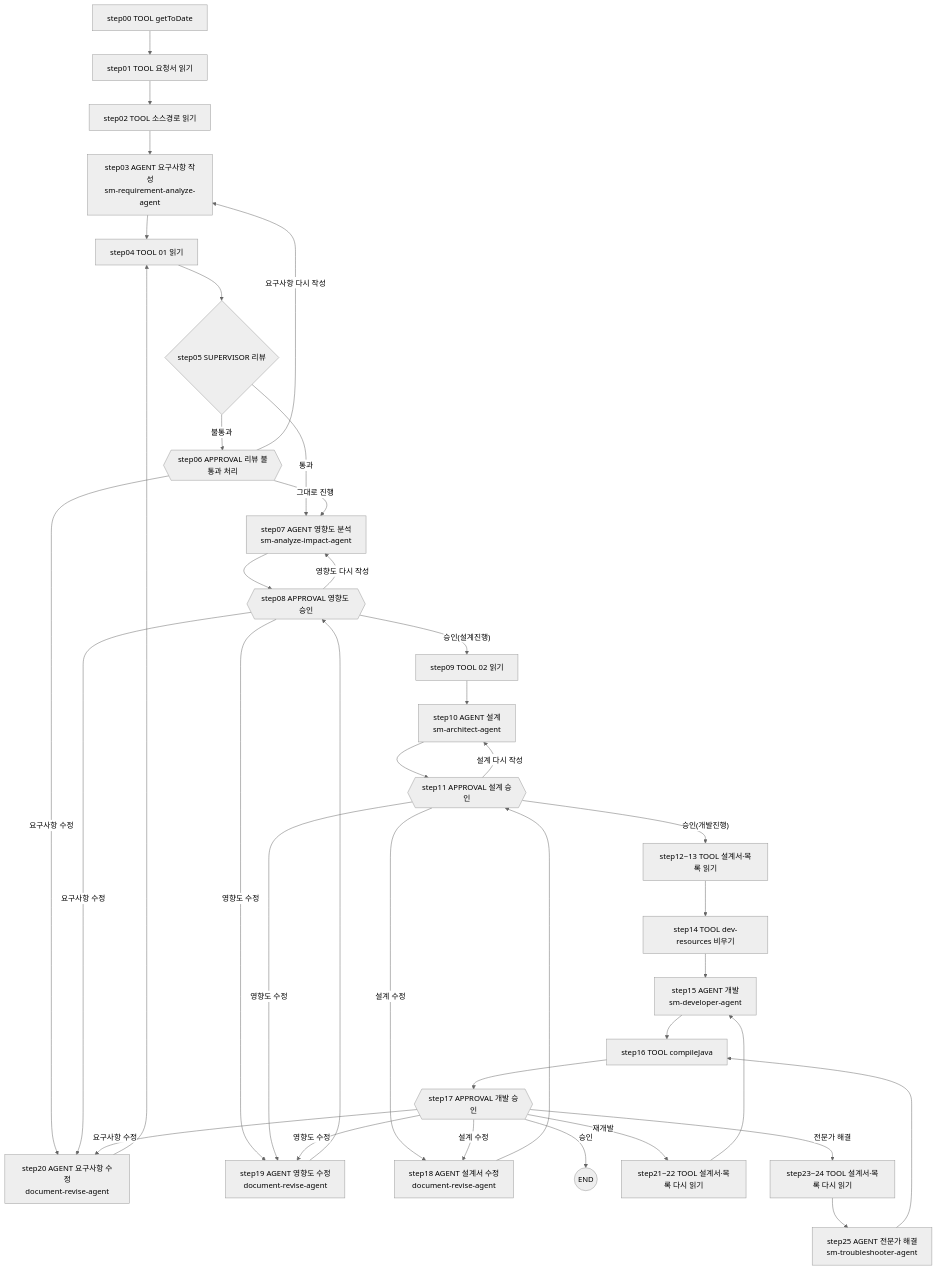
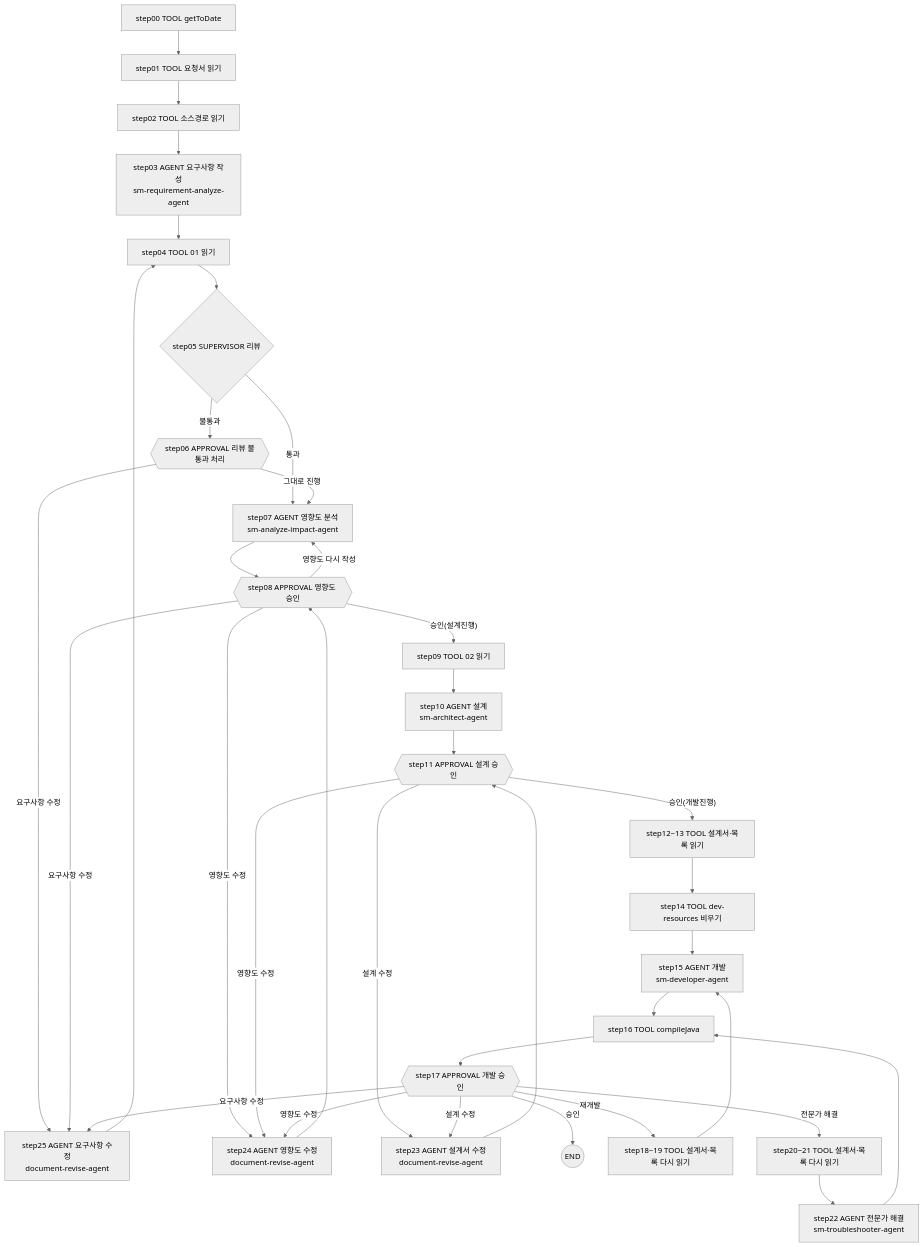
Before and after one commit to YongSoekChoeng/dstone: diagram 11 of 11 in docs/09.dstone-ai-engine.md, drawn with Mermaid (neutral theme). The commit also changed other lines of this file and 15 other files, not shown here.

````diff
--- a/docs/09.dstone-ai-engine.md
+++ b/docs/09.dstone-ai-engine.md
@@ -1128,32 +1129,30 @@
 ```mermaid
 flowchart TD
     S00["step00 TOOL getToDate"] --> S01["step01 TOOL 요청서 읽기"] --> S02["step02 TOOL 소스경로 읽기"]
     S02 --> S03["step03 AGENT 요구사항 작성<br/>sm-requirement-analyze-agent"]
     S03 --> S04["step04 TOOL 01 읽기"] --> S05{"step05 SUPERVISOR 리뷰"}
     S05 -->|통과| S07
     S05 -->|불통과| S06{{"step06 APPROVAL 리뷰 불통과 처리"}}
     S06 -->|그대로 진행| S07["step07 AGENT 영향도 분석<br/>sm-analyze-impact-agent"]
-    S06 -->|요구사항 수정| S20
-    S06 -->|요구사항 다시 작성| S03
+    S06 -->|요구사항 수정| S25
     S07 --> S08{{"step08 APPROVAL 영향도 승인"}}
     S08 -->|"승인(설계진행)"| S09["step09 TOOL 02 읽기"]
-    S08 -->|영향도 수정| S19
+    S08 -->|영향도 수정| S24
     S08 -->|영향도 다시 작성| S07
-    S08 -->|요구사항 수정| S20
+    S08 -->|요구사항 수정| S25
     S09 --> S10["step10 AGENT 설계<br/>sm-architect-agent"] --> S11{{"step11 APPROVAL 설계 승인"}}
     S11 -->|"승인(개발진행)"| S12["step12~13 TOOL 설계서·목록 읽기"]
-    S11 -->|설계 수정| S18
-    S11 -->|설계 다시 작성| S10
-    S11 -->|영향도 수정| S19
+    S11 -->|설계 수정| S23
+    S11 -->|영향도 수정| S24
     S12 --> S14["step14 TOOL dev-resources 비우기"] --> S15["step15 AGENT 개발<br/>sm-developer-agent"]
     S15 --> S16["step16 TOOL compileJava"] --> S17{{"step17 APPROVAL 개발 승인"}}
     S17 -->|승인| END((END))
-    S17 -->|재개발| S21["step21~22 TOOL 설계서·목록 다시 읽기"] --> S15
-    S17 -->|전문가 해결| S23["step23~24 TOOL 설계서·목록 다시 읽기"] --> S25["step25 AGENT 전문가 해결<br/>sm-troubleshooter-agent"] --> S16
-    S17 -->|설계 수정| S18
-    S17 -->|영향도 수정| S19
-    S17 -->|요구사항 수정| S20
-    S18["step18 AGENT 설계서 수정<br/>document-revise-agent"] --> S11
-    S19["step19 AGENT 영향도 수정<br/>document-revise-agent"] --> S08
-    S20["step20 AGENT 요구사항 수정<br/>document-revise-agent"] --> S04
+    S17 -->|재개발| S18["step18~19 TOOL 설계서·목록 다시 읽기"] --> S15
+    S17 -->|전문가 해결| S20["step20~21 TOOL 설계서·목록 다시 읽기"] --> S22["step22 AGENT 전문가 해결<br/>sm-troubleshooter-agent"] --> S16
+    S17 -->|설계 수정| S23
+    S17 -->|영향도 수정| S24
+    S17 -->|요구사항 수정| S25
+    S23["step23 AGENT 설계서 수정<br/>document-revise-agent"] --> S11
+    S24["step24 AGENT 영향도 수정<br/>document-revise-agent"] --> S08
+    S25["step25 AGENT 요구사항 수정<br/>document-revise-agent"] --> S04
 ```
````
